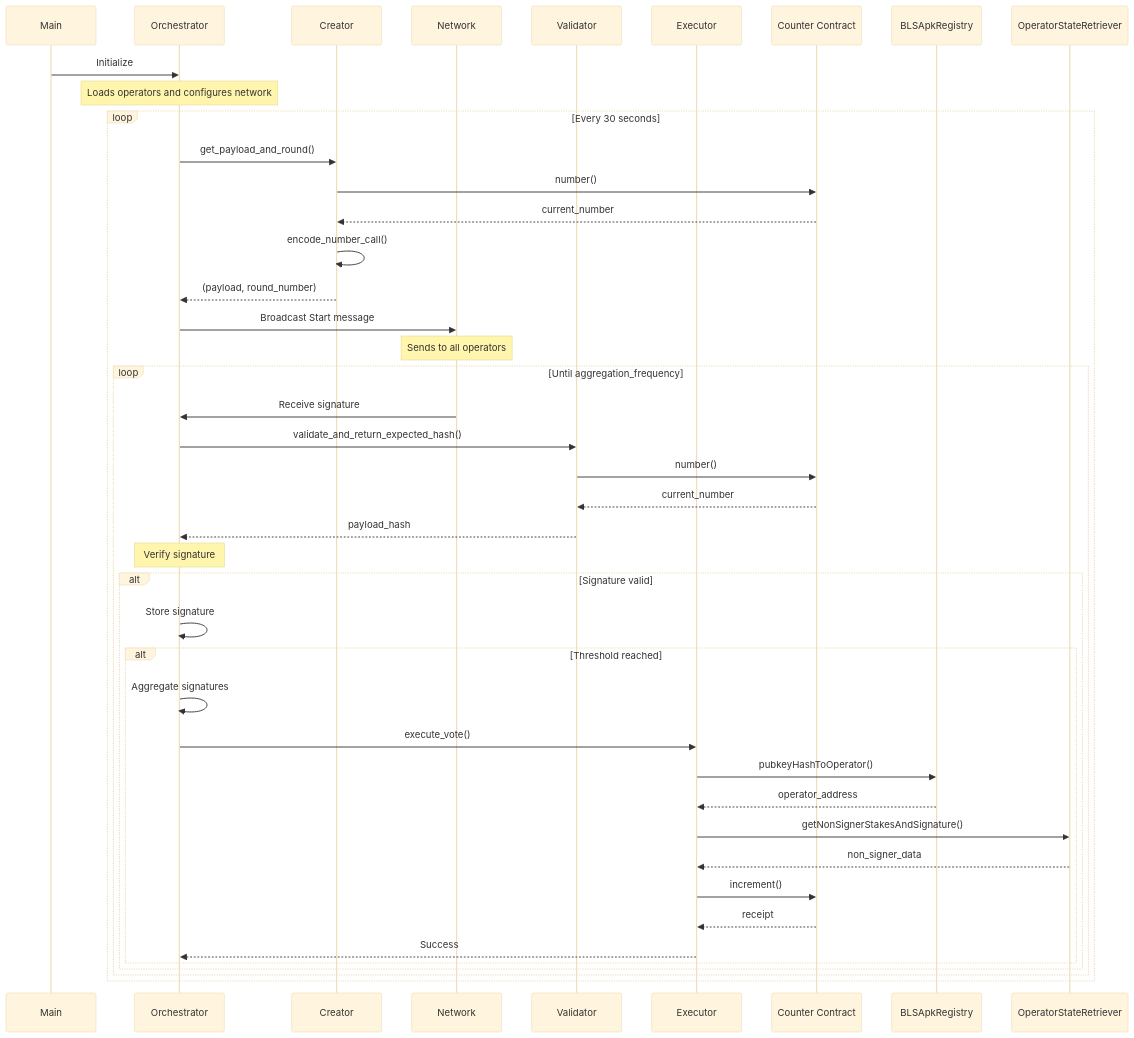
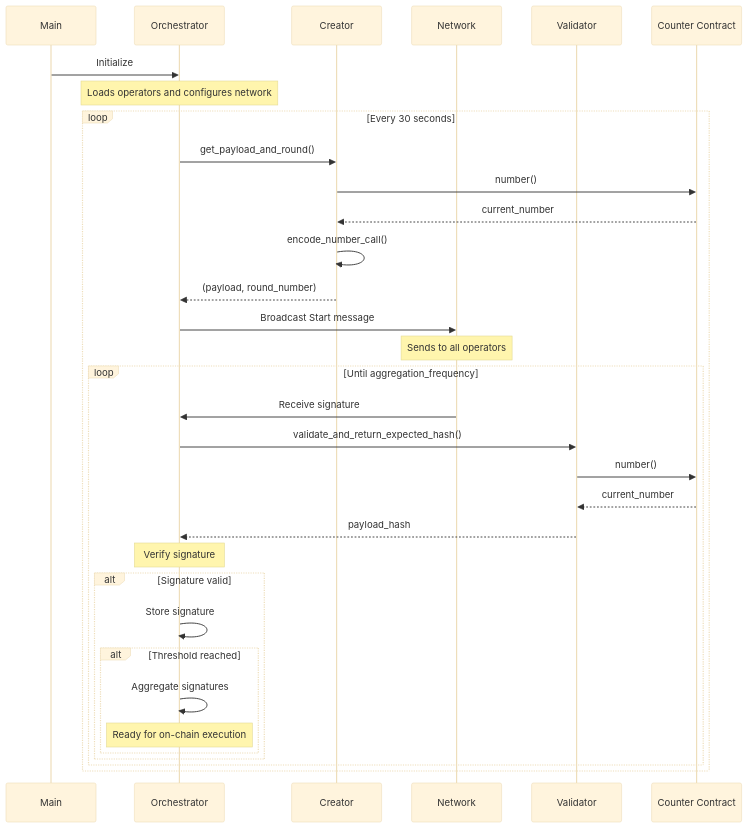
Before and after one commit to BreadchainCoop/commonware-avs-router: the diagram in README.md, drawn with Mermaid (base theme). The commit also changed other lines of this file, not shown here.

Commit message:
docs: make sequence diagram more clean

````diff
--- a/README.md
+++ b/README.md
@@ -11,55 +11,42 @@
 ```mermaid
 sequenceDiagram
     participant Main
     participant Orchestrator
     participant Creator
     participant Network
     participant Validator
-    participant Executor
     participant Counter Contract
-    participant BLSApkRegistry
-    participant OperatorStateRetriever
 
     Main->>Orchestrator: Initialize
     Note over Orchestrator: Loads operators and configures network
     
     loop Every 30 seconds
         Orchestrator->>Creator: get_payload_and_round()
         Creator->>Counter Contract: number()
         Counter Contract-->>Creator: current_number
         Creator->>Creator: encode_number_call()
         Creator-->>Orchestrator: (payload, round_number)
         
         Orchestrator->>Network: Broadcast Start message
         Note over Network: Sends to all operators
         
         loop Until aggregation_frequency
             Network->>Orchestrator: Receive signature
             Orchestrator->>Validator: validate_and_return_expected_hash()
             Validator->>Counter Contract: number()
             Counter Contract-->>Validator: current_number
             Validator-->>Orchestrator: payload_hash
             
             Note over Orchestrator: Verify signature
             
             alt Signature valid
                 Orchestrator->>Orchestrator: Store signature
                 
                 alt Threshold reached
                     Orchestrator->>Orchestrator: Aggregate signatures
-                    Orchestrator->>Executor: execute_vote()
-                    
-                    Executor->>BLSApkRegistry: pubkeyHashToOperator()
-                    BLSApkRegistry-->>Executor: operator_address
-                    
-                    Executor->>OperatorStateRetriever: getNonSignerStakesAndSignature()
-                    OperatorStateRetriever-->>Executor: non_signer_data
-                    
-                    Executor->>Counter Contract: increment()
-                    Counter Contract-->>Executor: receipt
-                    Executor-->>Orchestrator: Success
+                    Note over Orchestrator: Ready for on-chain execution
                 end
             end
         end
     end
 ```
````
